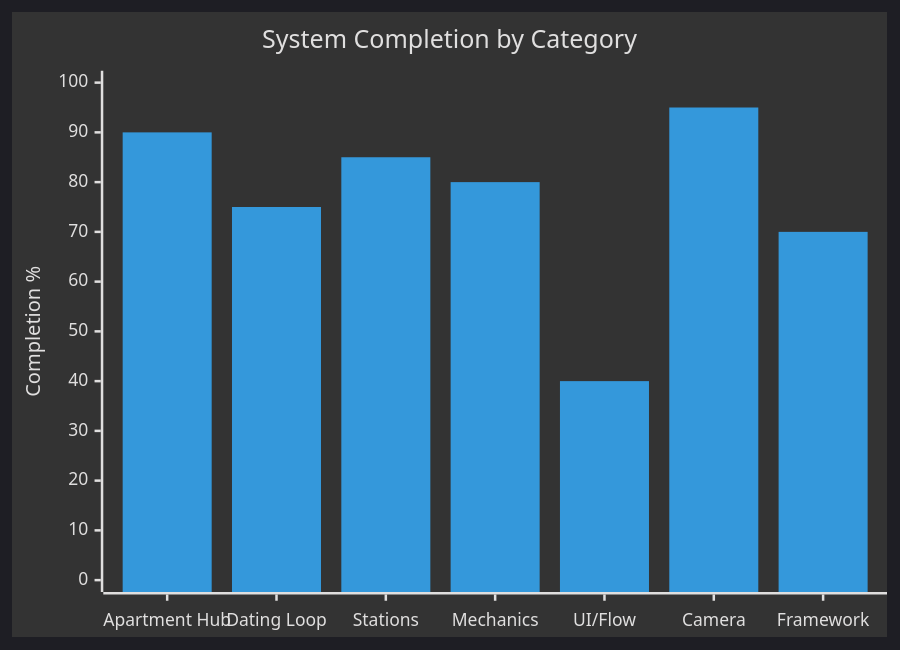
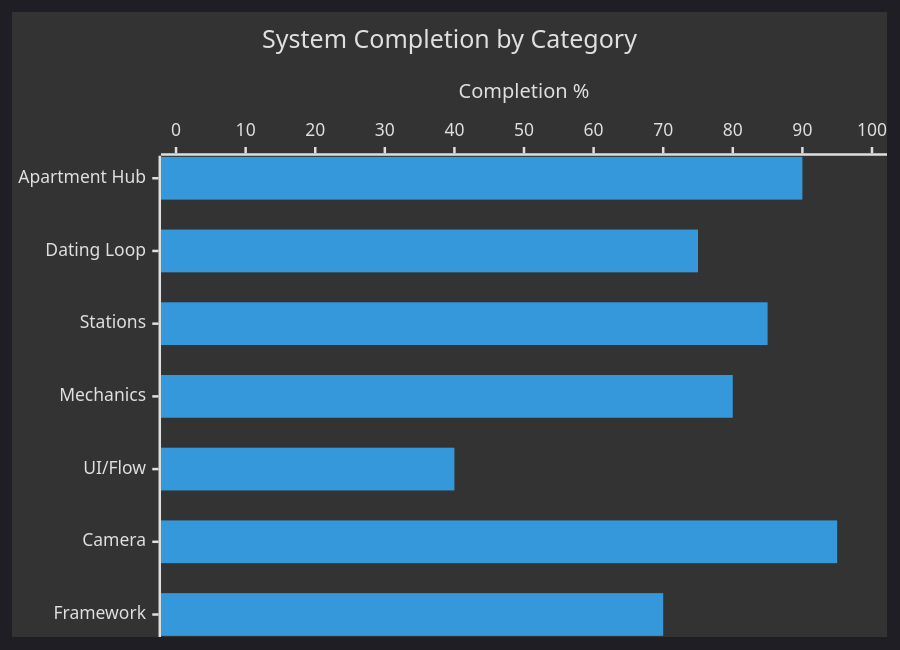
One commit to MartyChouette/iris_v3.0 changed the third of 13 diagrams in PRODUCTION_RUNWAY.md. Above: the diagram before and after it, drawn with Mermaid. The commit also changed other lines of this file and 1 other file, not shown here.

Commit message:
feat: add 8-station inventory + flip xychart to horizontal for readability

````diff
--- a/PRODUCTION_RUNWAY.md
+++ b/PRODUCTION_RUNWAY.md
@@ -89,8 +89,8 @@
 ```mermaid
 %%{init: {'theme': 'dark'}}%%
-xychart-beta
+xychart-beta horizontal
     title "System Completion by Category"
     x-axis ["Apartment Hub", "Dating Loop", "Stations", "Mechanics", "UI/Flow", "Camera", "Framework"]
     y-axis "Completion %" 0 --> 100
     bar [90, 75, 85, 80, 40, 95, 70]
 ```
````
